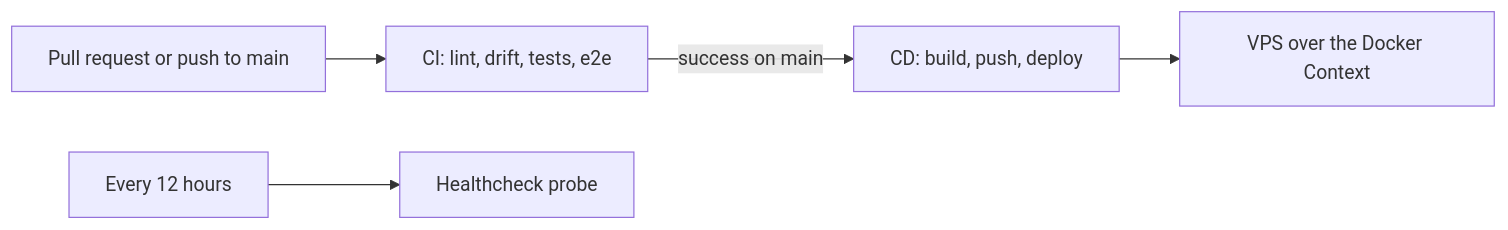
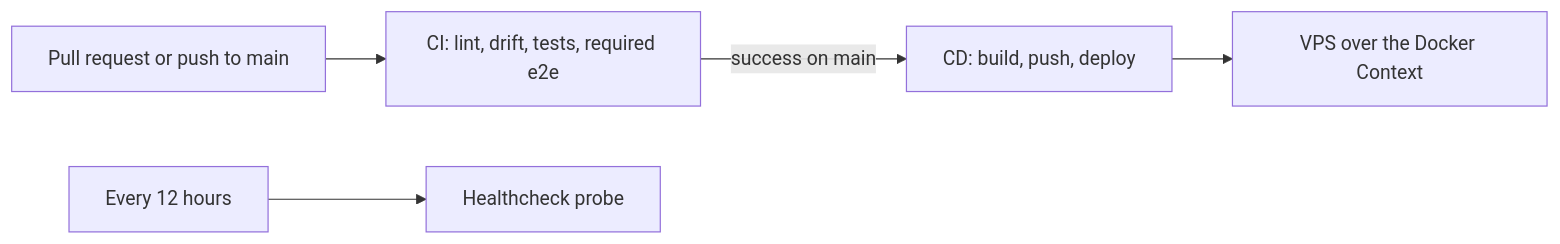
The diagram in docs/ci-cd.md (ItsThompson/wren), drawn with Mermaid before and after one commit. The commit also changed other lines of this file and 4 other files, not shown here.

````diff
--- a/docs/ci-cd.md
+++ b/docs/ci-cd.md
@@ -14,7 +7,7 @@
 ```mermaid
 graph LR
-  pr["Pull request or push to main"] --> ci["CI: lint, drift, tests, e2e"]
+  pr["Pull request or push to main"] --> ci["CI: lint, drift, tests, required e2e"]
   ci -->|"success on main"| cd["CD: build, push, deploy"]
   cd --> vps["VPS over the Docker Context"]
   cron["Every 12 hours"] --> hc["Healthcheck probe"]
 ```
````
